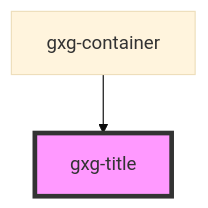
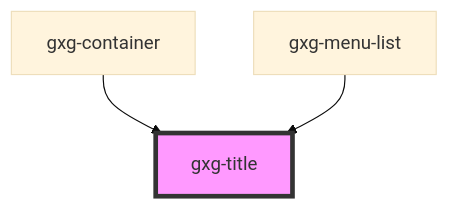
One commit to genexuslabs/gemini changed the diagram in src/components/title/readme.md. Above: the diagram before and after it, drawn with Mermaid (base theme). The commit also changed other lines of this file and 16 other files, not shown here.

````diff
--- a/src/components/title/readme.md
+++ b/src/components/title/readme.md
@@ -31,5 +32,6 @@
 ```mermaid
 graph TD;
   gxg-container --> gxg-title
+  gxg-menu-list --> gxg-title
   style gxg-title fill:#f9f,stroke:#333,stroke-width:4px
 ```
````
